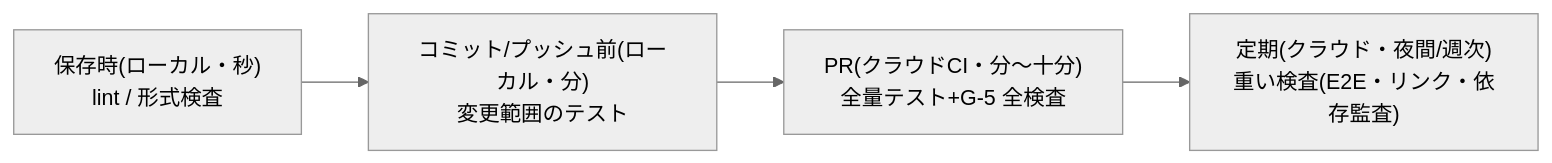
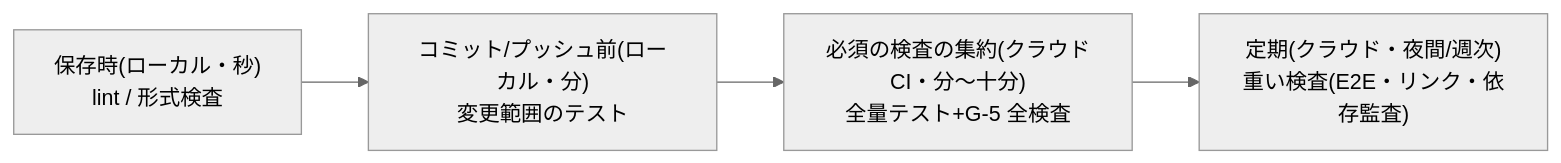
The first of 2 diagrams in src/content/docs/phase5-implementation/compute-strategy.md (Takenori-Kusaka/process-compass), drawn with Mermaid (neutral theme) before and after one commit. The commit also changed other lines of this file and 43 other files, not shown here.

````diff
--- a/src/content/docs/phase5-implementation/compute-strategy.md
+++ b/src/content/docs/phase5-implementation/compute-strategy.md
@@ -12,6 +12,6 @@
 ```mermaid
 graph LR
   A["保存時(ローカル・秒)<br>lint / 形式検査"] --> B["コミット/プッシュ前(ローカル・分)<br>変更範囲のテスト"]
-  B --> C["PR(クラウドCI・分〜十分)<br>全量テスト+G-5 全検査"]
+  B --> C["必須の検査の集約(クラウドCI・分〜十分)<br>全量テスト+G-5 全検査"]
   C --> D["定期(クラウド・夜間/週次)<br>重い検査(E2E・リンク・依存監査)"]
 ```
````
